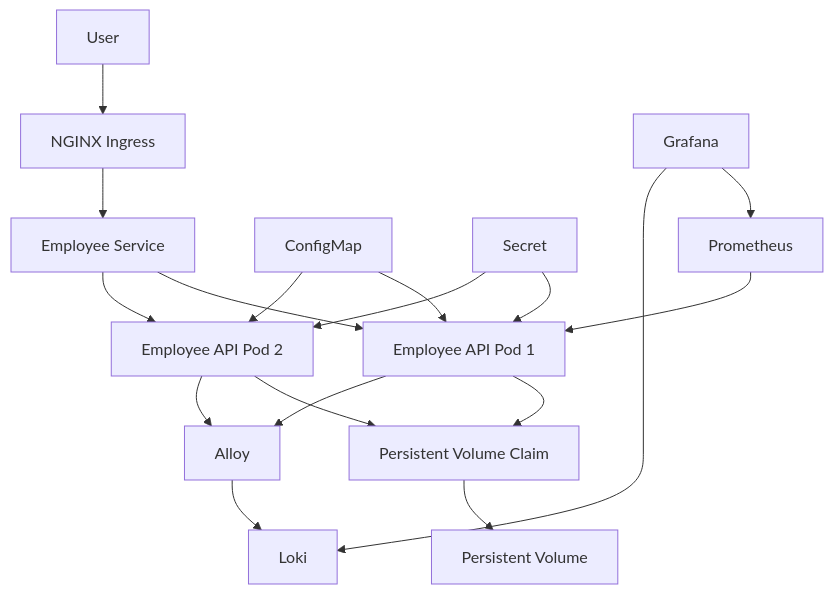
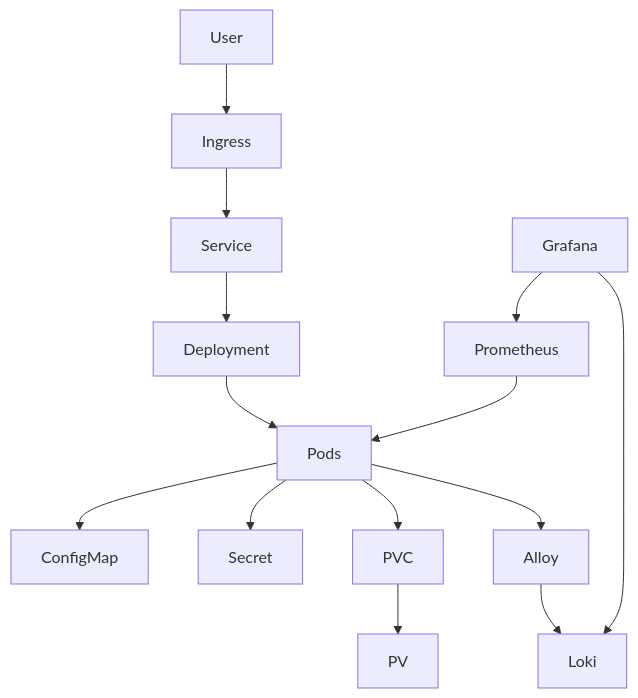
One commit to yadavprashant510/employee-api-on-kubernetes changed the diagram in docs/architecture.md. Above: the diagram before and after it, drawn with Mermaid. The commit also changed other lines of this file and 1 other file, not shown here.

Commit message:
docs: add system architecture documentation

````diff
--- a/docs/architecture.md
+++ b/docs/architecture.md
@@ -27,35 +11,24 @@
 ```mermaid
 flowchart TD
 
-    User[User]
+    User --> Ingress
 
-    User --> Ingress[NGINX Ingress]
+    Ingress --> Service
 
-    Ingress --> Service[Employee Service]
+    Service --> Deployment
 
-    Service --> Pod1[Employee API Pod 1]
-    Service --> Pod2[Employee API Pod 2]
+    Deployment --> Pods
 
-    Pod1 --> PVC[Persistent Volume Claim]
-    Pod2 --> PVC
+    Pods --> ConfigMap
+    Pods --> Secret
+    Pods --> PVC
 
-    PVC --> PV[Persistent Volume]
+    PVC --> PV
 
-    ConfigMap --> Pod1
-    ConfigMap --> Pod2
-
-    Secret --> Pod1
-    Secret --> Pod2
-
-    Prometheus --> Pod1
-
+    Prometheus --> Pods
     Grafana --> Prometheus
 
-    Pod1 --> Alloy
-
-    Pod2 --> Alloy
-
+    Pods --> Alloy
     Alloy --> Loki
-
     Grafana --> Loki
 ```
````
